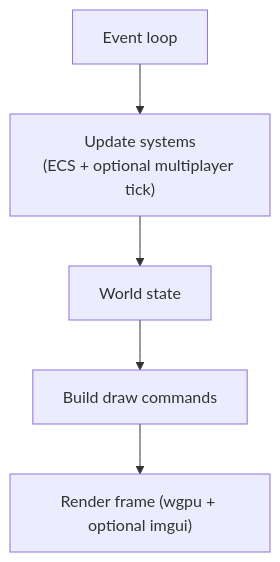
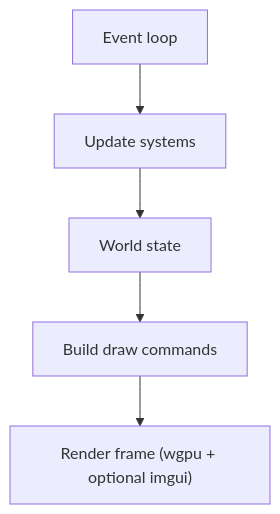
The second of 2 diagrams in README.md (AidenJWright/RustGameEngine), drawn with Mermaid before and after one commit.

Commit message:
Fix event loop update systems description in README

````diff
--- a/README.md
+++ b/README.md
@@ -23,7 +23,7 @@
 ```mermaid
 flowchart TD
-    LOOP["Event loop"] --> UPDATE["Update systems\n(ECS + optional multiplayer tick)"]
+    LOOP["Event loop"] --> UPDATE["Update systems"]
     UPDATE --> WORLD["World state"]
     WORLD --> DRAW["Build draw commands"]
     DRAW --> RENDER["Render frame (wgpu + optional imgui)"]
 ```
````
